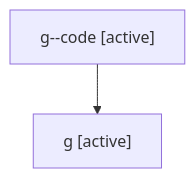
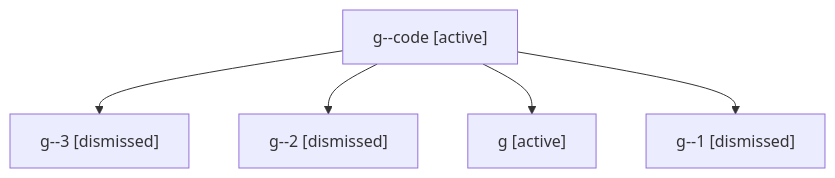
Before and after one commit to sase-org/sase--agents: the diagram in families/bbugyi200.athena.g.md, drawn with Mermaid. The commit also changed other lines of this file and 35830 other files, not shown here.

````diff
--- a/families/bbugyi200.athena.g.md
+++ b/families/bbugyi200.athena.g.md
@@ -9,6 +9,12 @@
 ```mermaid
 flowchart TD
   n0["g--code [active]"]
-  n1["g [active]"]
+  n1["g--3 [dismissed]"]
   n0 --> n1
+  n2["g--2 [dismissed]"]
+  n0 --> n2
+  n3["g [active]"]
+  n0 --> n3
+  n4["g--1 [dismissed]"]
+  n0 --> n4
 ```
````
